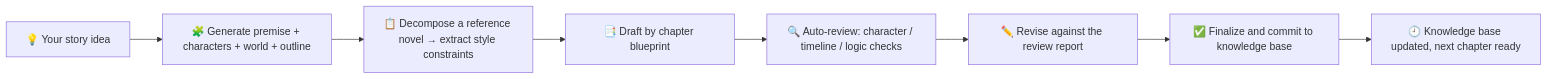
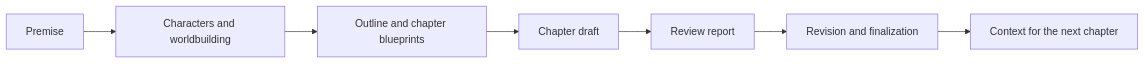
The diagram in README_en.md (EthanYoQ/AI-Novel-Writer), drawn with Mermaid before and after one commit. The commit also changed other lines of this file and 37 other files, not shown here.

````diff
--- a/README_en.md
+++ b/README_en.md
@@ -57,10 +39,9 @@
 ```mermaid
 flowchart LR
-  A["💡 Your story idea"] --> B["🧩 Generate premise + characters + world + outline"]
-  B --> C["📋 Decompose a reference novel → extract style constraints"]
-  C --> D["📑 Draft by chapter blueprint"]
-  D --> E["🔍 Auto-review: character / timeline / logic checks"]
-  E --> F["✏️ Revise against the review report"]
-  F --> G["✅ Finalize and commit to knowledge base"]
-  G --> H["🕘 Knowledge base updated, next chapter ready"]
+  A[Premise] --> B[Characters and worldbuilding]
+  B --> C[Outline and chapter blueprints]
+  C --> D[Chapter draft]
+  D --> E[Review report]
+  E --> F[Revision and finalization]
+  F --> G[Context for the next chapter]
 ```
````
